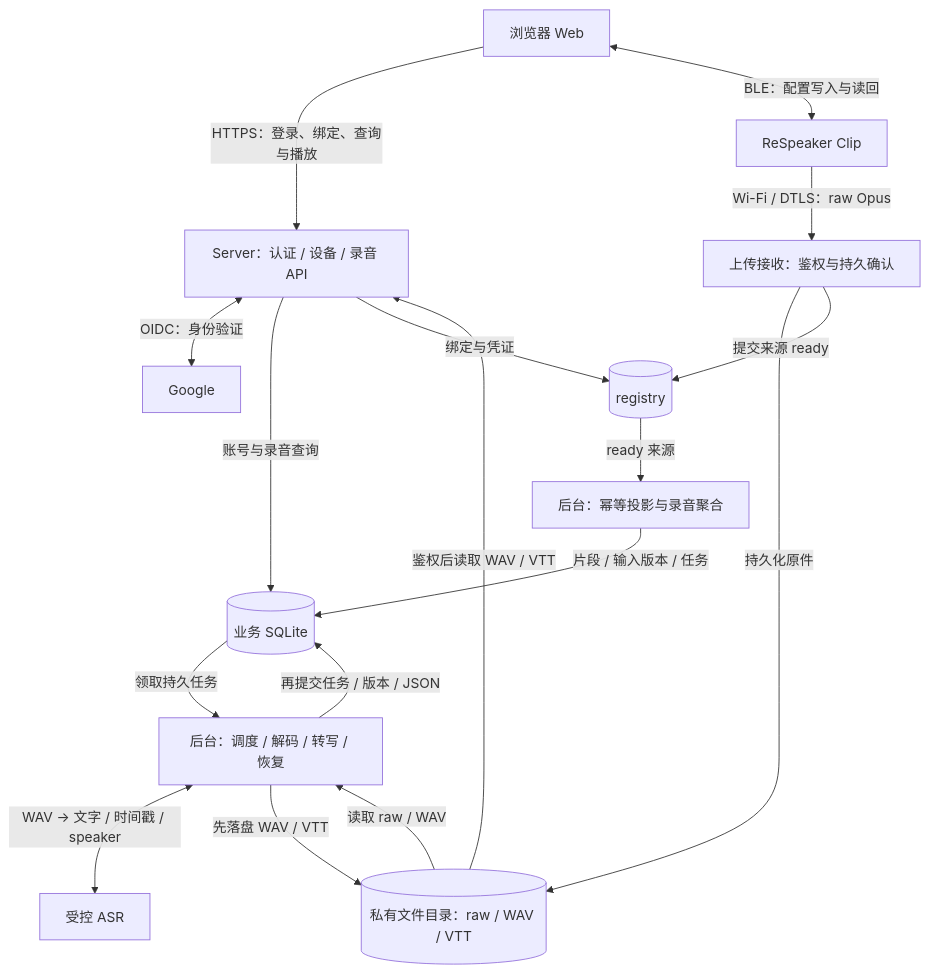
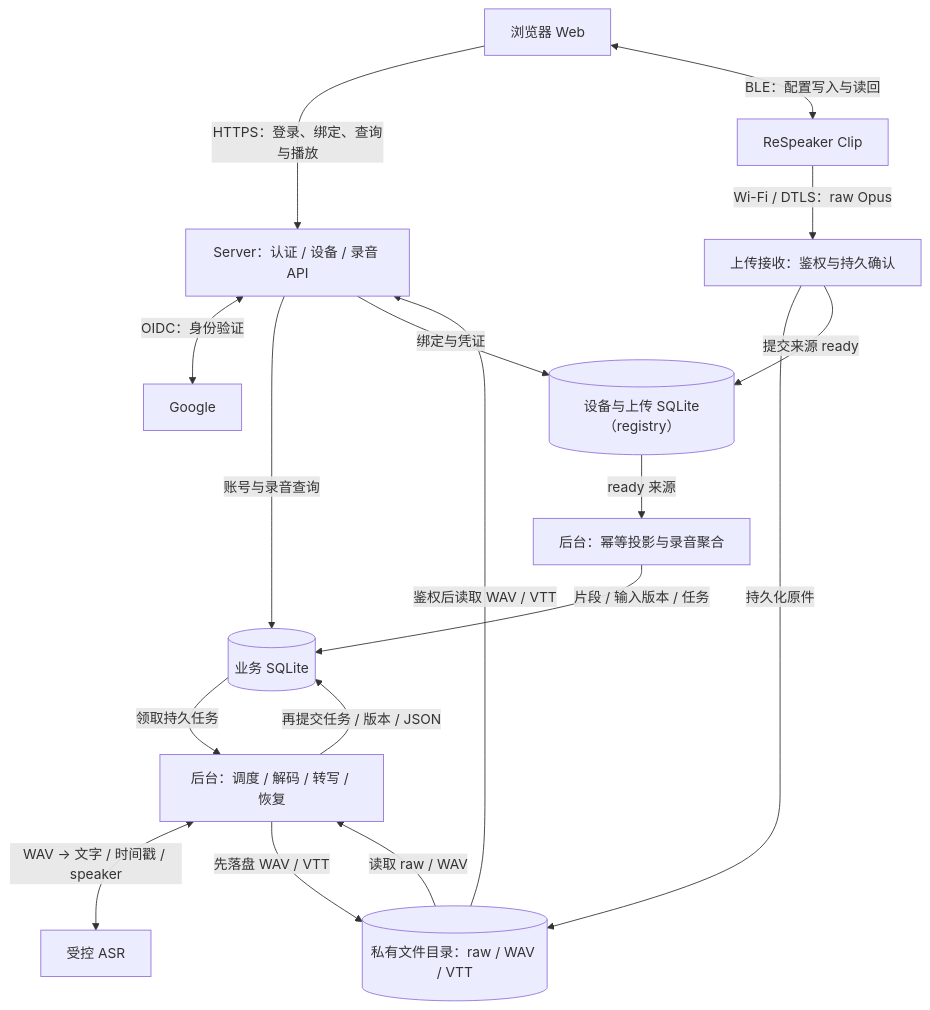
The diagram in README.md (boboliu-1010/speaker), drawn with Mermaid before and after one commit. The commit also changed other lines of this file and 4 other files, not shown here.

Commit message:
docs: clarify registry and business SQLite database names

````diff
--- a/README.md
+++ b/README.md
@@ -36,19 +36,19 @@
 ```mermaid
 flowchart TD
     Web["浏览器 Web"] -->|"HTTPS：登录、绑定、查询与播放"| API["Server：认证 / 设备 / 录音 API"]
     Web <-->|"BLE：配置写入与读回"| Clip["ReSpeaker Clip"]
     API <-->|"OIDC：身份验证"| Google["Google"]
     API -->|"账号与录音查询"| Biz[("业务 SQLite")]
-    API -->|"绑定与凭证"| Registry[("registry")]
+    API -->|"绑定与凭证"| Registry[("设备与上传 SQLite（registry）")]
     Clip -->|"Wi-Fi / DTLS：raw Opus"| Ingest["上传接收：鉴权与持久确认"]
     Ingest -->|"持久化原件"| Files[("私有文件目录：raw / WAV / VTT")]
     Ingest -->|"提交来源 ready"| Registry
     Registry -->|"ready 来源"| Project["后台：幂等投影与录音聚合"]
     Project -->|"片段 / 输入版本 / 任务"| Biz
     Biz -->|"领取持久任务"| Worker["后台：调度 / 解码 / 转写 / 恢复"]
     Files -->|"读取 raw / WAV"| Worker
     Worker <-->|"WAV → 文字 / 时间戳 / speaker"| ASR["受控 ASR"]
     Worker -->|"先落盘 WAV / VTT"| Files
     Worker -->|"再提交任务 / 版本 / JSON"| Biz
     Files -->|"鉴权后读取 WAV / VTT"| API
 ```
````
